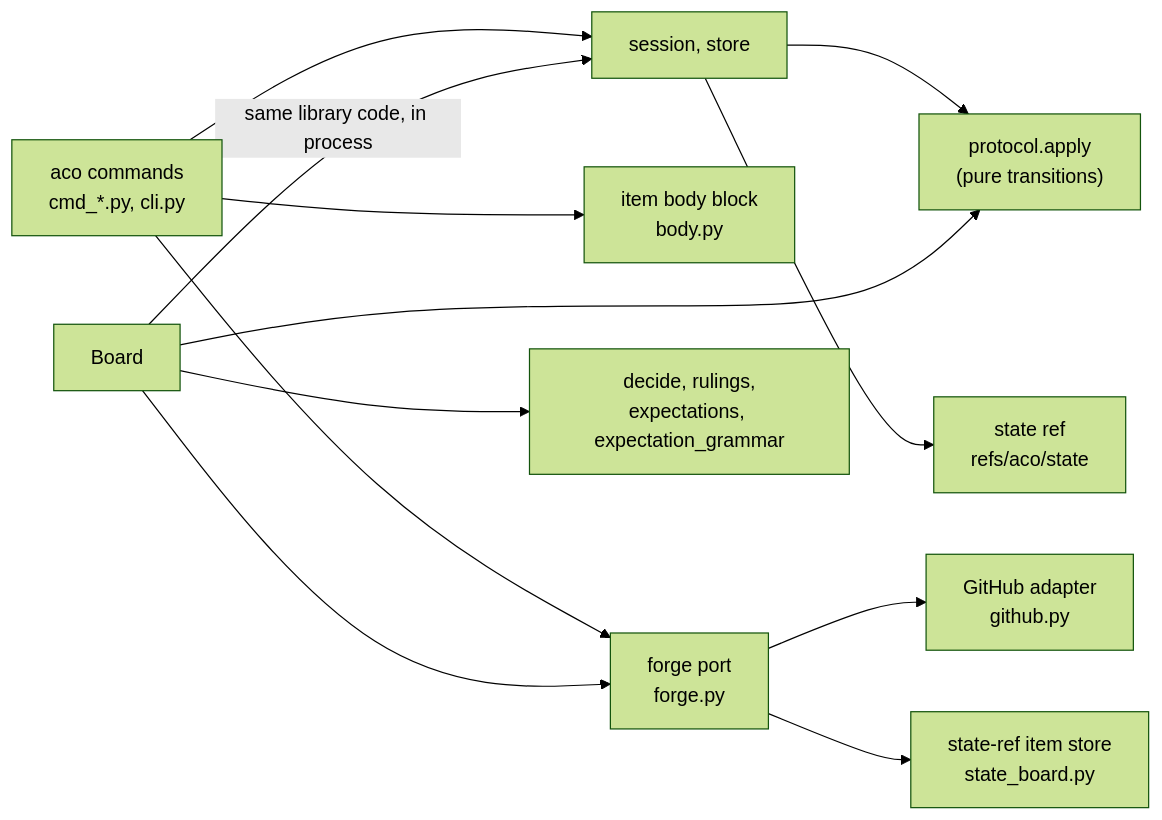
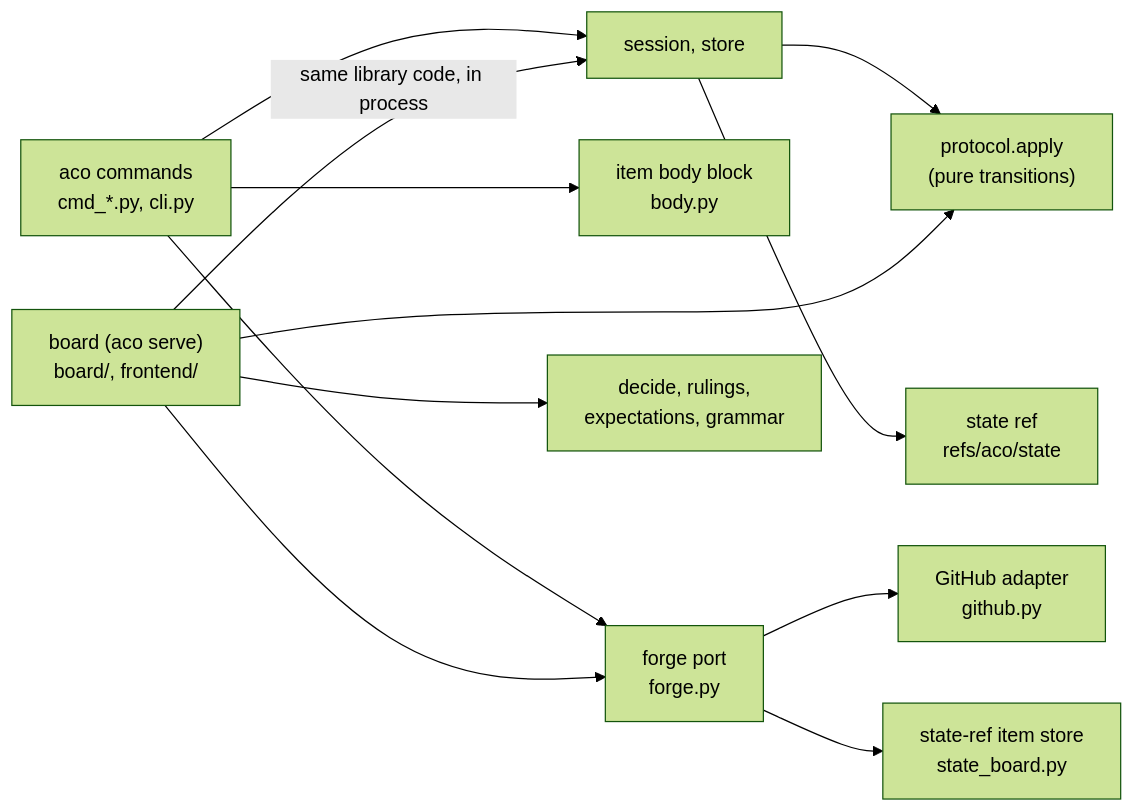
The second of 3 diagrams in docs/ARCHITECTURE.md (overnightworks/aco), drawn with Mermaid (forest theme) before and after one commit. The commit also changed other lines of this file and 2 other files, not shown here.

Commit message:
Align the vision, README and architecture overview with the blessed vision

````diff
--- a/docs/ARCHITECTURE.md
+++ b/docs/ARCHITECTURE.md
@@ -29,14 +29,15 @@
 ```mermaid
 flowchart LR
     CLI["aco commands<br/>cmd_*.py, cli.py"] --> Session["session, store"]
     Session --> Protocol["protocol.apply<br/>(pure transitions)"]
     Session --> Store["state ref<br/>refs/aco/state"]
     CLI --> Body["item body block<br/>body.py"]
     CLI --> Port["forge port<br/>forge.py"]
     Port --> GitHub["GitHub adapter<br/>github.py"]
     Port --> StateBoard["state-ref item store<br/>state_board.py"]
+    Board["board (aco serve)<br/>board/, frontend/"]
     Board -->|"same library code, in process"| Session
     Board --> Protocol
     Board --> Port
-    Board --> Decisions["decide, rulings,<br/>expectations, expectation_grammar"]
+    Board --> Decisions["decide, rulings,<br/>expectations, grammar"]
 ```
````
